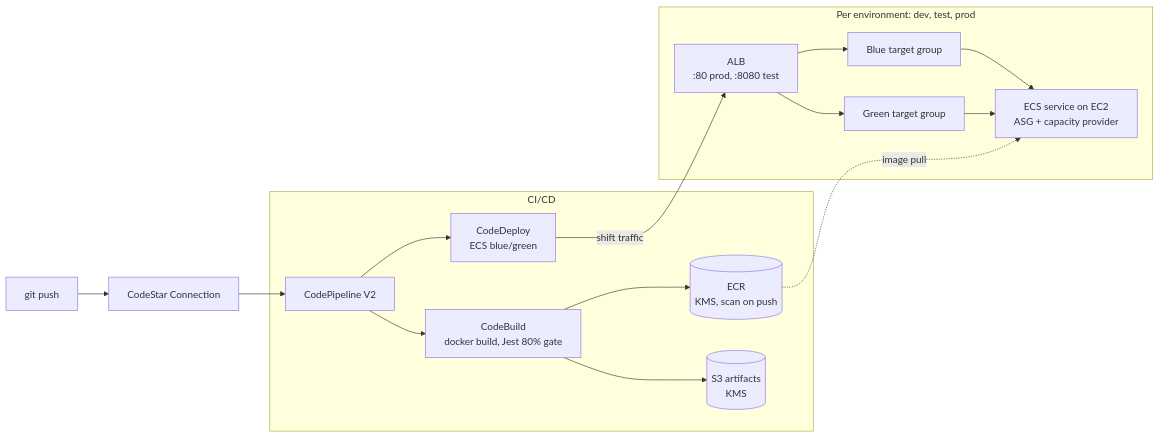
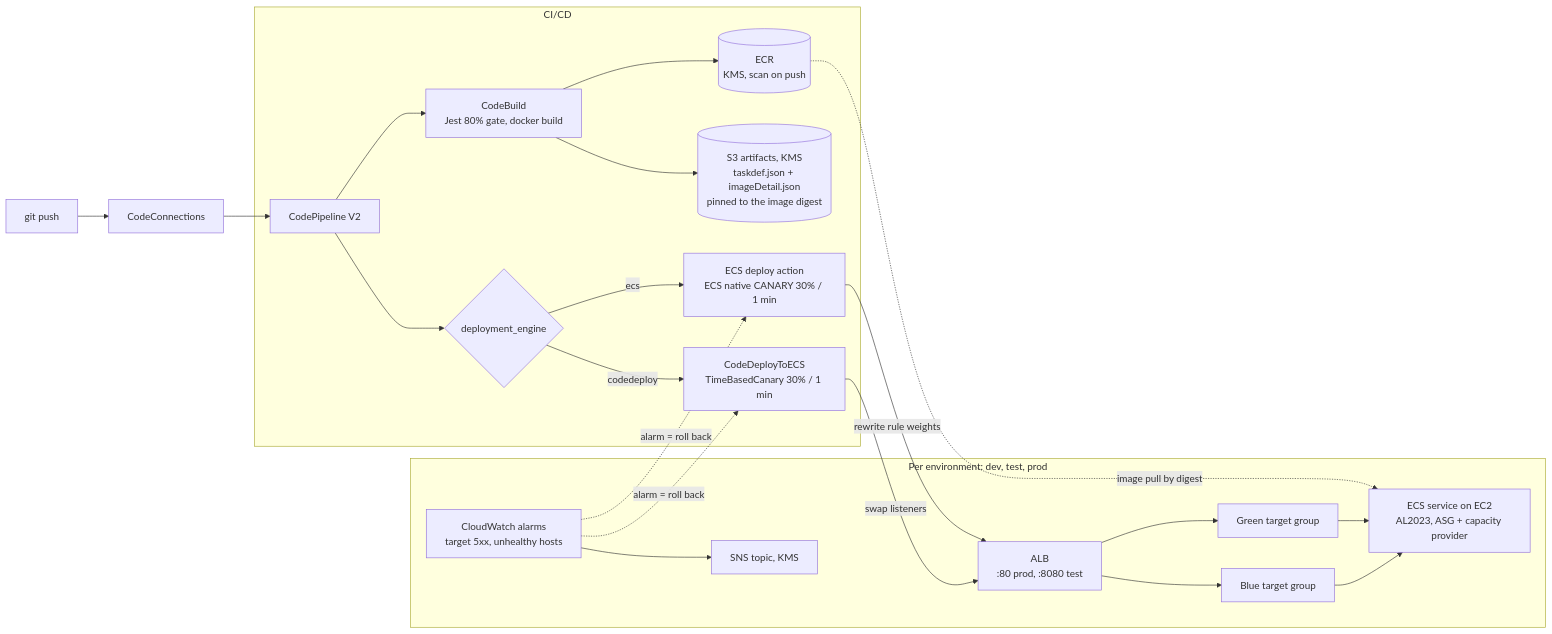
The first of 2 diagrams in README.md (Sagargupta16/Blue_Green_AWS_Terraform), drawn with Mermaid before and after one commit. The commit also changed other lines of this file and 50 other files, not shown here.

First line of the commit message:
feat: ecs native blue/green, digest-pinned deploys, alarm rollback and s3 state (#75)

````diff
--- a/README.md
+++ b/README.md
@@ -13,20 +17,26 @@
 ```mermaid
 flowchart LR
-    dev[git push] --> conn[CodeStar Connection]
+    dev[git push] --> conn[CodeConnections]
     conn --> pipe[CodePipeline V2]
     subgraph cicd[CI/CD]
-        pipe --> build[CodeBuild<br/>docker build, Jest 80% gate]
+        pipe --> build[CodeBuild<br/>Jest 80% gate, docker build]
         build --> ecr[(ECR<br/>KMS, scan on push)]
-        build --> s3[(S3 artifacts<br/>KMS)]
-        pipe --> cd[CodeDeploy<br/>ECS blue/green]
+        build --> s3[(S3 artifacts, KMS<br/>taskdef.json + imageDetail.json<br/>pinned to the image digest)]
+        pipe --> deploy{deployment_engine}
+        deploy -- codedeploy --> cd[CodeDeployToECS<br/>TimeBasedCanary 30% / 1 min]
+        deploy -- ecs --> native[ECS deploy action<br/>ECS native CANARY 30% / 1 min]
     end
     subgraph env[Per environment: dev, test, prod]
         alb[ALB<br/>:80 prod, :8080 test]
         alb --> blue[Blue target group]
         alb --> green[Green target group]
-        blue --> ecs[ECS service on EC2<br/>ASG + capacity provider]
+        blue --> ecs[ECS service on EC2<br/>AL2023, ASG + capacity provider]
         green --> ecs
+        cw[CloudWatch alarms<br/>target 5xx, unhealthy hosts] --> sns[SNS topic, KMS]
     end
-    cd -- shift traffic --> alb
-    ecr -. image pull .-> ecs
+    cd -- swap listeners --> alb
+    native -- rewrite rule weights --> alb
+    cw -. alarm = roll back .-> cd
+    cw -. alarm = roll back .-> native
+    ecr -. image pull by digest .-> ecs
 ```
````
